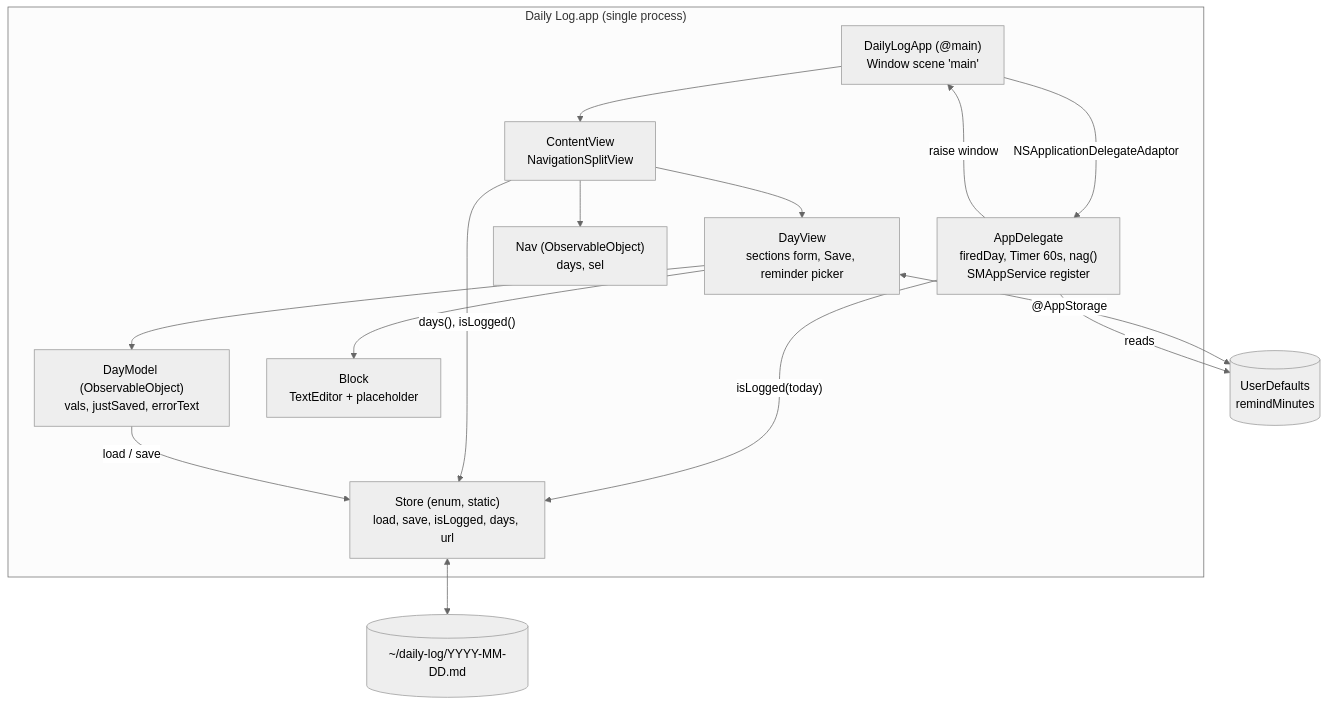
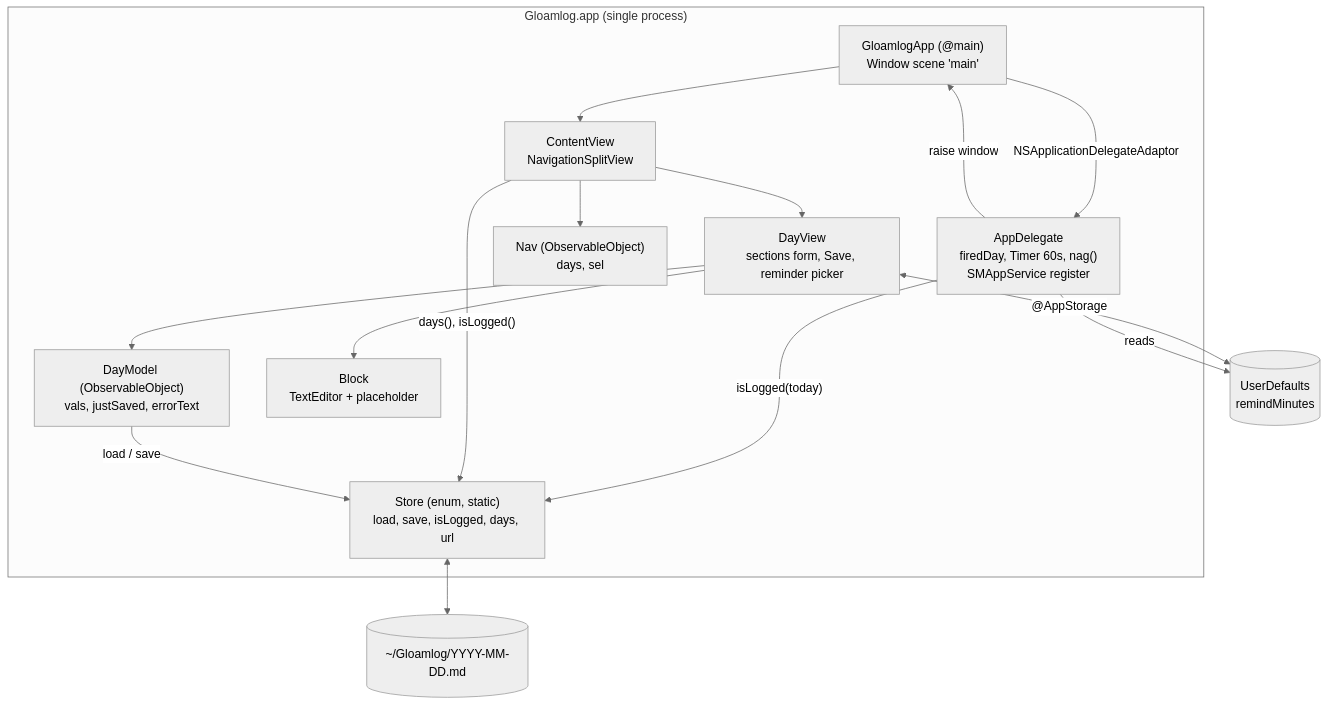
One commit to dasariprashant0/daily-log changed the first of 2 diagrams in docs/ARCHITECTURE.md. Above: the diagram before and after it, drawn with Mermaid (neutral theme). The commit also changed other lines of this file and 15 other files, not shown here.

````diff
--- a/docs/ARCHITECTURE.md
+++ b/docs/ARCHITECTURE.md
@@ -7,29 +7,29 @@
 ```mermaid
 flowchart TD
-    subgraph Process["Daily Log.app (single process)"]
-        App["DailyLogApp (@main)\nWindow scene 'main'"]
+    subgraph Process["Gloamlog.app (single process)"]
+        App["GloamlogApp (@main)\nWindow scene 'main'"]
         AD["AppDelegate\nfiredDay, Timer 60s, nag()\nSMAppService register"]
         CV["ContentView\nNavigationSplitView"]
         Nav["Nav (ObservableObject)\ndays, sel"]
         DV["DayView\nsections form, Save, reminder picker"]
         DM["DayModel (ObservableObject)\nvals, justSaved, errorText"]
         BL["Block\nTextEditor + placeholder"]
         ST["Store (enum, static)\nload, save, isLogged, days, url"]
     end
-    FS[("~/daily-log/YYYY-MM-DD.md")]
+    FS[("~/Gloamlog/YYYY-MM-DD.md")]
     UD[("UserDefaults\nremindMinutes")]
 
     App -->|NSApplicationDelegateAdaptor| AD
     App --> CV
     CV --> Nav
     CV --> DV
     DV --> DM
     DV --> BL
     DV <-->|"@AppStorage"| UD
     AD -->|reads| UD
     AD -->|"isLogged(today)"| ST
     CV -->|"days(), isLogged()"| ST
     DM -->|"load / save"| ST
     ST <--> FS
     AD -->|"raise window"| App
 ```
````
